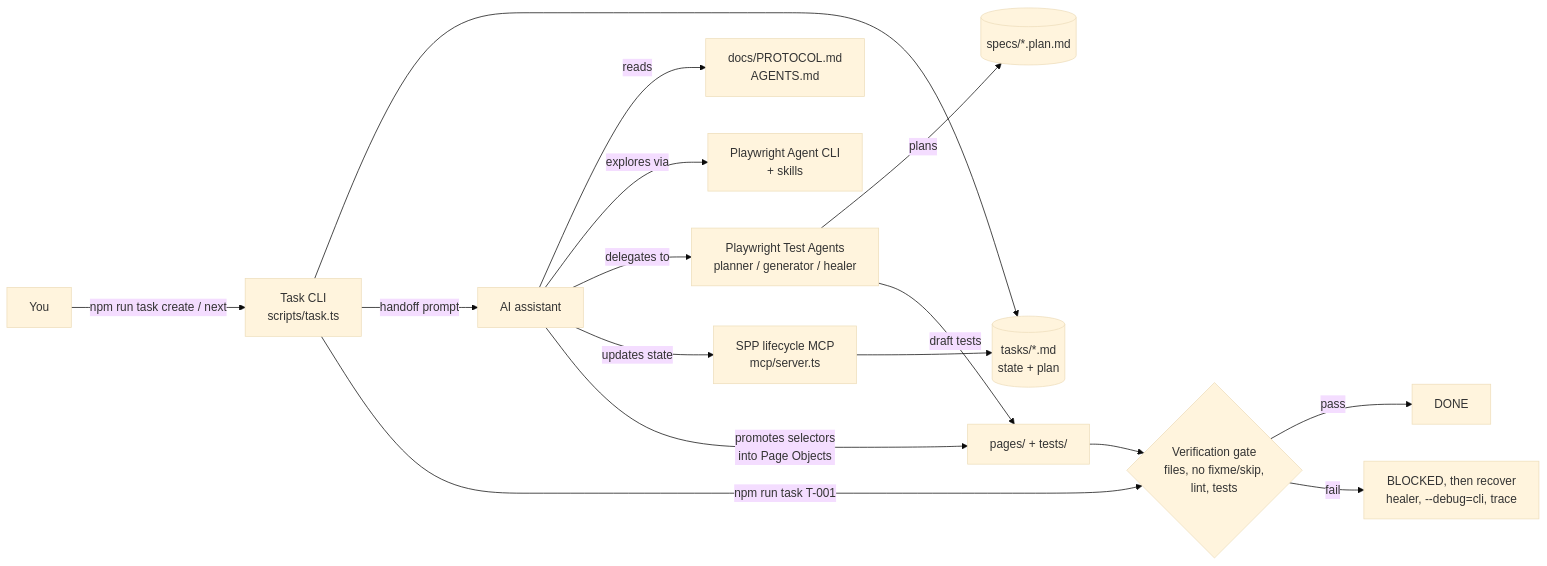
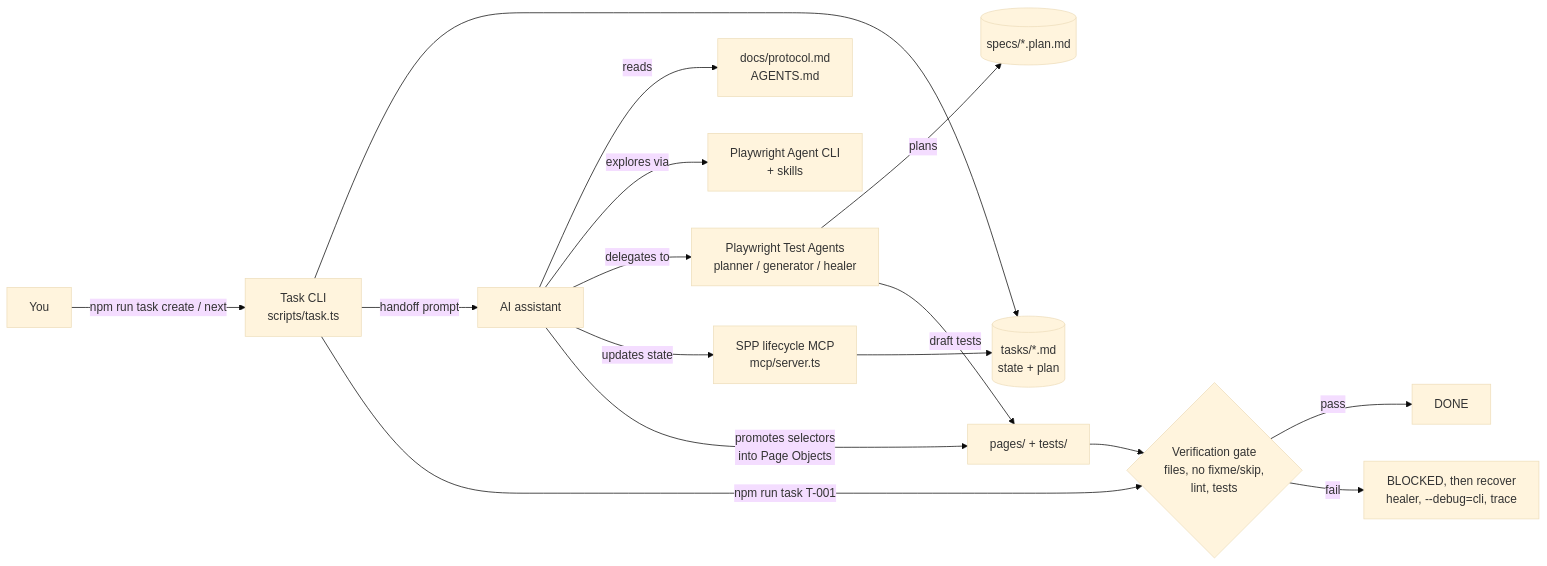
Before and after one commit to yashwant-das/ai-ts-playwright-protocol: the diagram in README.md, drawn with Mermaid (base theme). The commit also changed other lines of this file and 66 other files, not shown here.

````diff
--- a/README.md
+++ b/README.md
@@ -16,18 +16,18 @@
 ```mermaid
 flowchart LR
     Dev[You] -->|npm run task create / next| CLI[Task CLI<br/>scripts/task.ts]
     CLI --> Tasks[(tasks/*.md<br/>state + plan)]
     CLI -->|handoff prompt| AI[AI assistant]
-    AI -->|reads| Protocol[docs/PROTOCOL.md<br/>AGENTS.md]
+    AI -->|reads| Protocol[docs/protocol.md<br/>AGENTS.md]
     AI -->|explores via| PWCLI[Playwright Agent CLI<br/>+ skills]
     AI -->|delegates to| Agents[Playwright Test Agents<br/>planner / generator / healer]
     Agents -->|plans| Specs[(specs/*.plan.md)]
     AI -->|updates state| SPPMCP[SPP lifecycle MCP<br/>mcp/server.ts]
     SPPMCP --> Tasks
     Agents -->|draft tests| Code[pages/ + tests/]
     AI -->|promotes selectors<br/>into Page Objects| Code
     CLI -->|npm run task T-001| Gate{Verification gate<br/>files, no fixme/skip,<br/>lint, tests}
     Code --> Gate
     Gate -->|pass| Done[DONE]
     Gate -->|fail| Blocked[BLOCKED, then recover<br/>healer, --debug=cli, trace]
 ```
````
